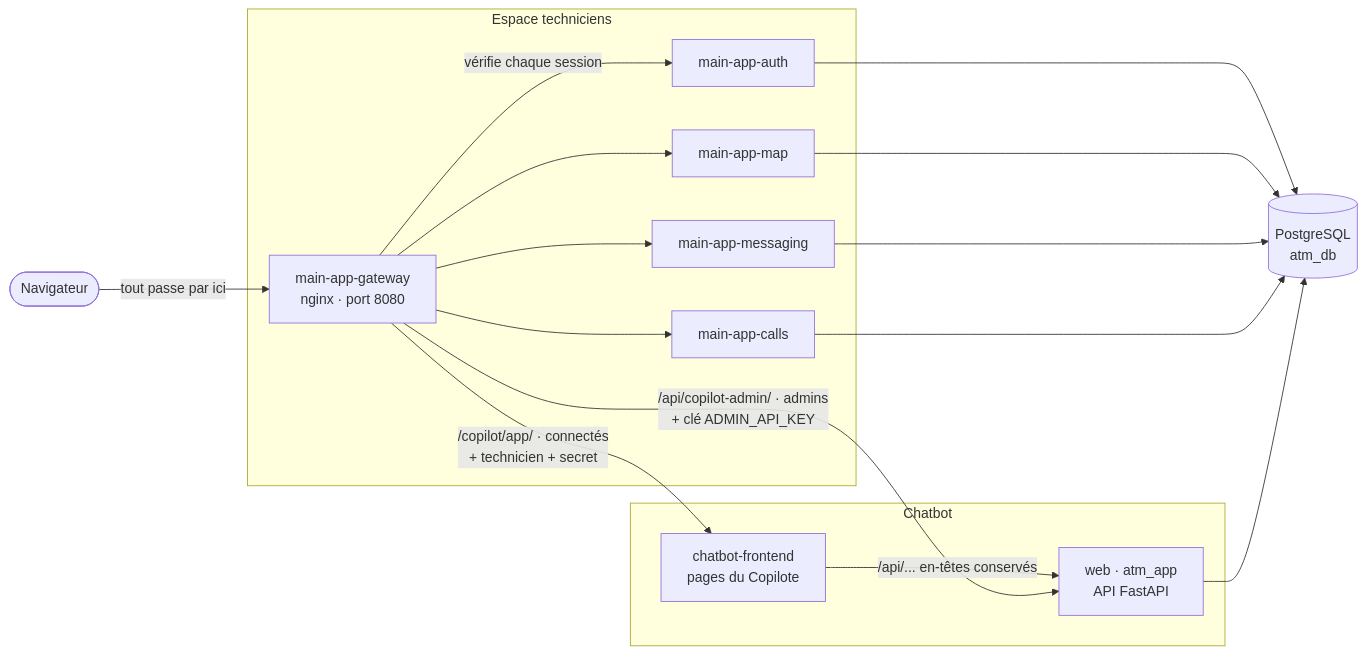
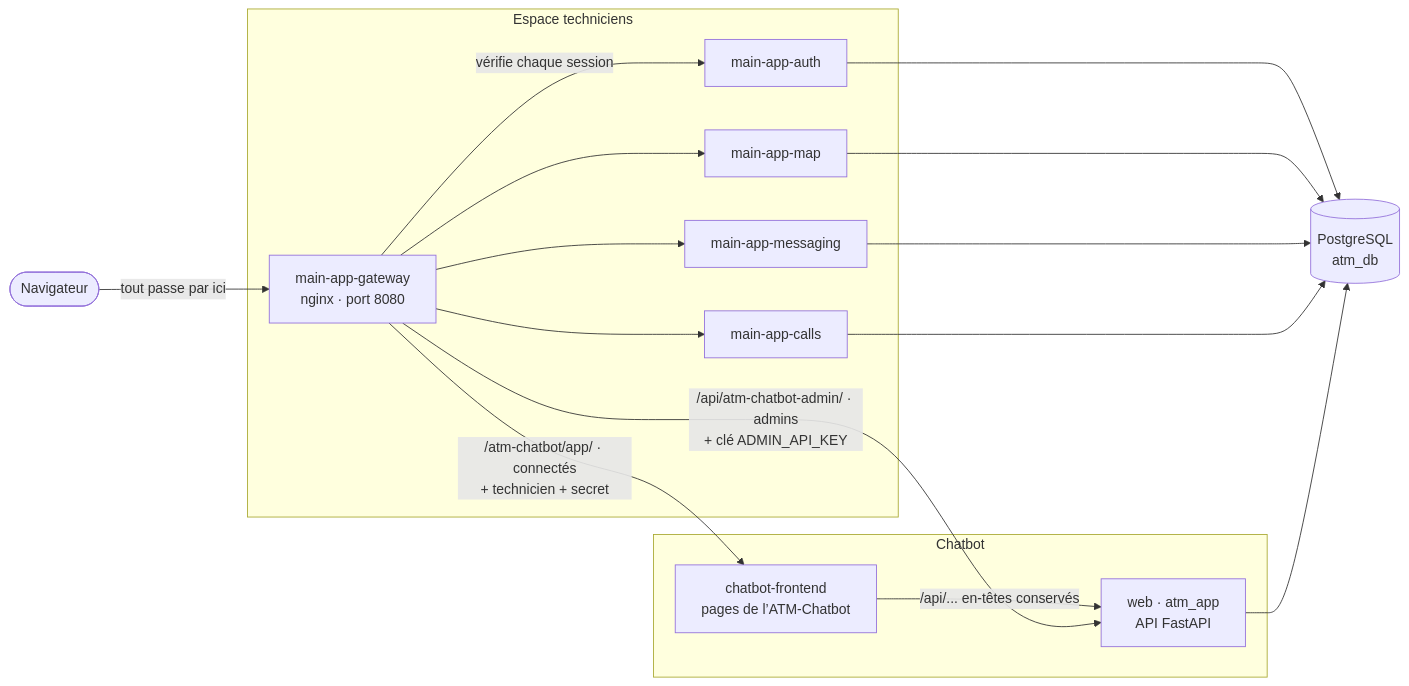
The first of 4 diagrams in docs/demarrage-et-connexions.md (kalinuxjohn-ctrl/atm-chatbot), drawn with Mermaid before and after one commit. The commit also changed other lines of this file and 82 other files, not shown here.

First line of the commit message:
Rename Copilote/copilot to ATM-Chatbot/atm-chatbot everywhere

````diff
--- a/docs/demarrage-et-connexions.md
+++ b/docs/demarrage-et-connexions.md
@@ -26,28 +26,28 @@
 ```mermaid
 flowchart LR
     navigateur([Navigateur])
 
     subgraph espace[Espace techniciens]
         gateway[main-app-gateway<br/>nginx · port 8080]
         auth[main-app-auth]
         map[main-app-map]
         messaging[main-app-messaging]
         calls[main-app-calls]
     end
 
     subgraph chatbot[Chatbot]
-        frontend[chatbot-frontend<br/>pages du Copilote]
+        frontend[chatbot-frontend<br/>pages de l’ATM-Chatbot]
         web[web · atm_app<br/>API FastAPI]
     end
 
     base[(PostgreSQL<br/>atm_db)]
 
     navigateur -->|tout passe par ici| gateway
     gateway -->|vérifie chaque session| auth
     gateway --> map & messaging & calls
-    gateway -->|/copilot/app/ · connectés<br/>+ technicien + secret| frontend
+    gateway -->|/atm-chatbot/app/ · connectés<br/>+ technicien + secret| frontend
     frontend -->|/api/... en-têtes conservés| web
-    gateway -->|/api/copilot-admin/ · admins<br/>+ clé ADMIN_API_KEY| web
+    gateway -->|/api/atm-chatbot-admin/ · admins<br/>+ clé ADMIN_API_KEY| web
     auth & map & messaging & calls --> base
     web --> base
 ```
````
